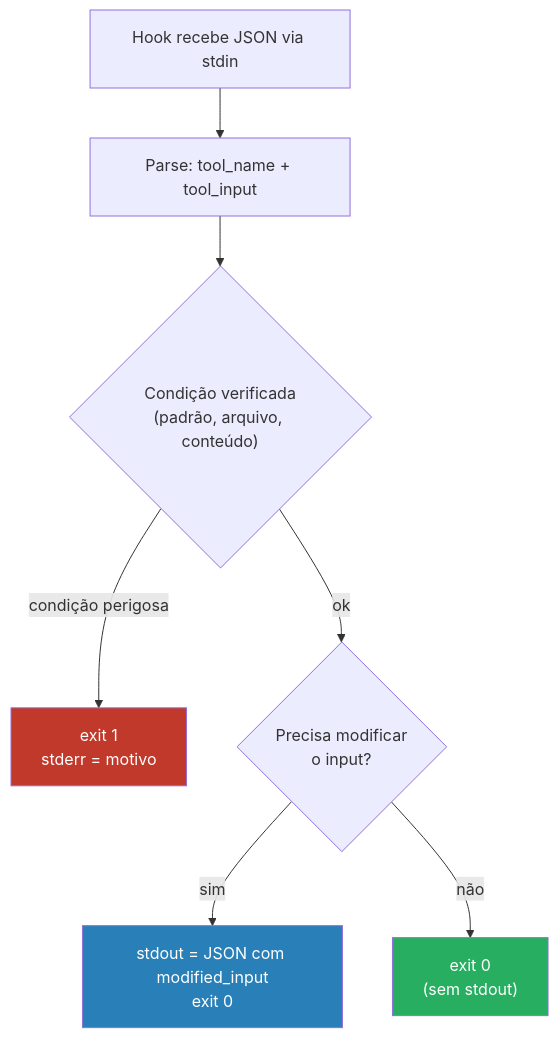
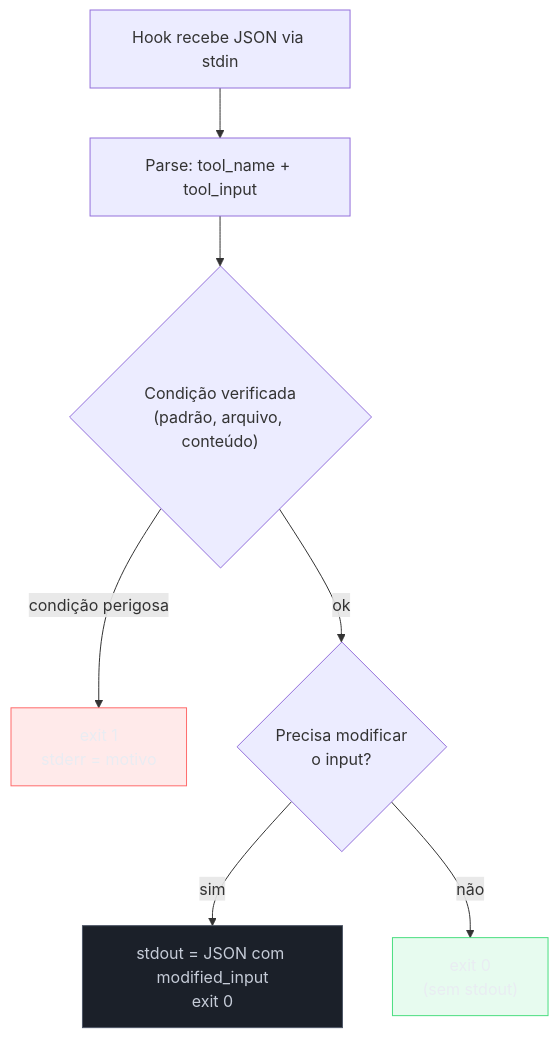
Before and after one commit to josenaldo/codex-technomanticus: the second of 2 diagrams in 03-Dominios/Tecnologia/IA/Claude Code/Hooks e Guardrails/02 - PreToolUse.md, drawn with Mermaid. The commit also changed 1181 other files, not shown here.

First line of the commit message:
fix(diagramas): paleta do sistema no lugar de cor cravada no markdown

````diff
--- a/03-Dominios/Tecnologia/IA/Claude Code/Hooks e Guardrails/02 - PreToolUse.md
+++ b/03-Dominios/Tecnologia/IA/Claude Code/Hooks e Guardrails/02 - PreToolUse.md
@@ -541,20 +541,23 @@
 ```mermaid
 flowchart TD
+    classDef falha fill:#FF6B6B24,stroke:#FF6B6B,color:#E9ECF2
+    classDef ok fill:#4ADE8021,stroke:#4ADE80,color:#E9ECF2
+    classDef neutro fill:#1B2029,stroke:#4E5666,color:#C6CCD8
     Receive["Hook recebe JSON via stdin"]
     Parse["Parse: tool_name + tool_input"]
     Check{"Condição verificada\n(padrão, arquivo, conteúdo)"}
     Block["exit 1\nstderr = motivo"]
     Modify{"Precisa modificar\no input?"}
     ReturnJSON["stdout = JSON com modified_input\nexit 0"]
     Approve["exit 0\n(sem stdout)"]
 
     Receive --> Parse --> Check
     Check -- "condição perigosa" --> Block
     Check -- "ok" --> Modify
     Modify -- "sim" --> ReturnJSON
     Modify -- "não" --> Approve
 
-    style Block fill:#c0392b,color:#fff
-    style Approve fill:#27ae60,color:#fff
-    style ReturnJSON fill:#2980b9,color:#fff
+    class Block falha
+    class Approve ok
+    class ReturnJSON neutro
 ```
````
